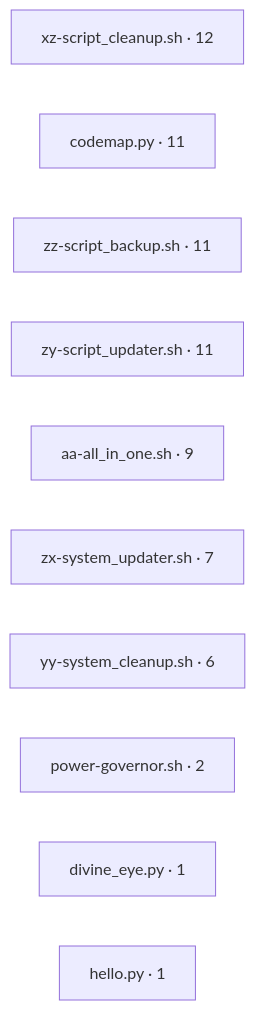
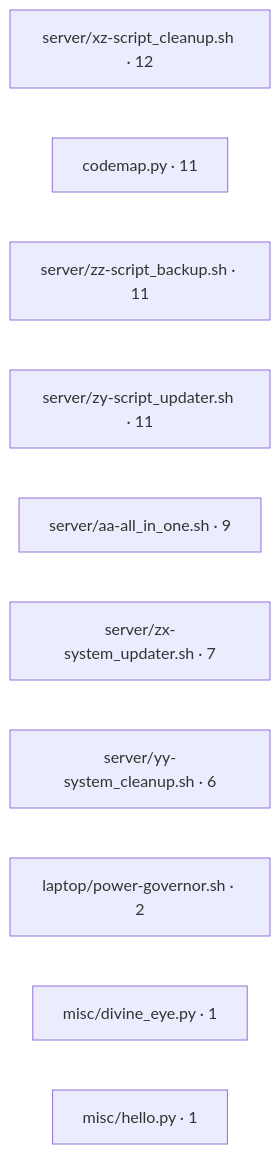
One commit to spaceadler/scripts changed the first of 2 diagrams in CODEMAP.md. Above: the diagram before and after it, drawn with Mermaid. The commit also changed other lines of this file, not shown here.

````diff
--- a/CODEMAP.md
+++ b/CODEMAP.md
@@ -11,13 +11,13 @@
 ```mermaid
 flowchart LR
-    n_xz_script_cleanup_sh["xz-script_cleanup.sh · 12"]
+    n_server_xz_script_cleanup_sh["server/xz-script_cleanup.sh · 12"]
     n_codemap_py["codemap.py · 11"]
-    n_zz_script_backup_sh["zz-script_backup.sh · 11"]
-    n_zy_script_updater_sh["zy-script_updater.sh · 11"]
-    n_aa_all_in_one_sh["aa-all_in_one.sh · 9"]
-    n_zx_system_updater_sh["zx-system_updater.sh · 7"]
-    n_yy_system_cleanup_sh["yy-system_cleanup.sh · 6"]
-    n_power_governor_sh["power-governor.sh · 2"]
-    n_divine_eye_py["divine_eye.py · 1"]
-    n_hello_py["hello.py · 1"]
+    n_server_zz_script_backup_sh["server/zz-script_backup.sh · 11"]
+    n_server_zy_script_updater_sh["server/zy-script_updater.sh · 11"]
+    n_server_aa_all_in_one_sh["server/aa-all_in_one.sh · 9"]
+    n_server_zx_system_updater_sh["server/zx-system_updater.sh · 7"]
+    n_server_yy_system_cleanup_sh["server/yy-system_cleanup.sh · 6"]
+    n_laptop_power_governor_sh["laptop/power-governor.sh · 2"]
+    n_misc_divine_eye_py["misc/divine_eye.py · 1"]
+    n_misc_hello_py["misc/hello.py · 1"]
 ```
````
